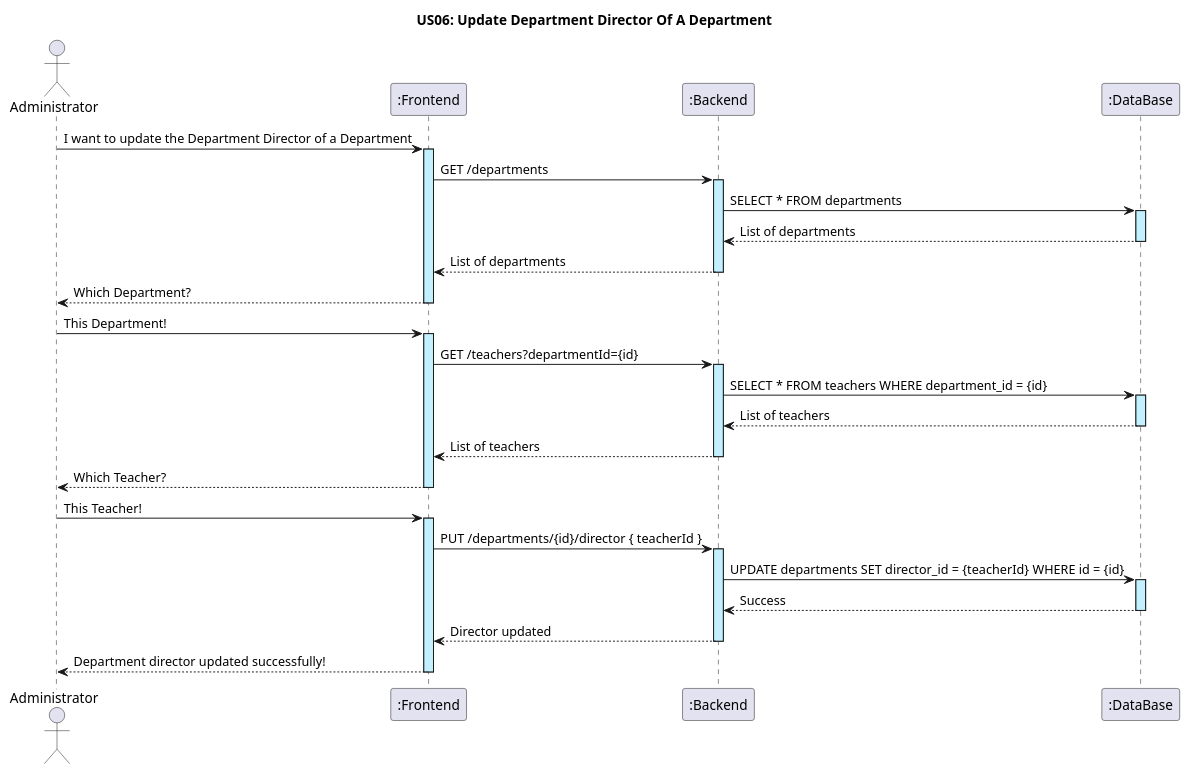
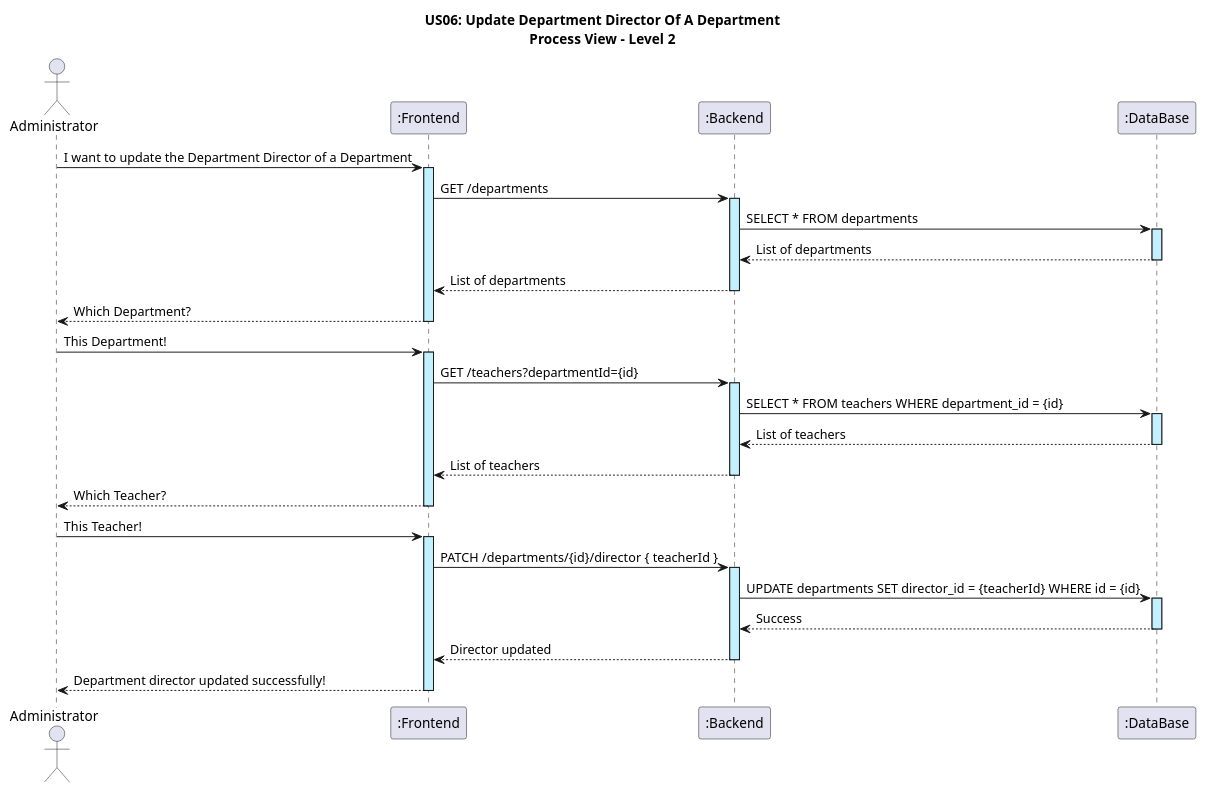
The diagram in docs/US06/ProcessView/US06_ProcessView_Level2.puml (GasparISEP/DevOps-PAI), drawn with PlantUML before and after one commit. The commit also changed 1 other file, not shown here.

Commit message:
doc: update diagrams #576

```diff
--- a/docs/US06/ProcessView/US06_ProcessView_Level2.puml
+++ b/docs/US06/ProcessView/US06_ProcessView_Level2.puml
@@ -1,33 +1,35 @@
 @startuml
 
-title US06: Update Department Director Of A Department
+title US06: Update Department Director Of A Department\nProcess View - Level 2
 
 actor "Administrator" as A
 participant ":Frontend" as FE
 participant ":Backend" as BE
 participant ":DataBase" as DB
+
+skinparam nodesep 5
 
 skinparam sequenceLifeLineBackgroundColor #application
 
 A -> FE ++ : I want to update the Department Director of a Department
 FE -> BE ++: GET /departments
 BE -> DB ++: SELECT * FROM departments
 DB --> BE --: List of departments
 BE --> FE --: List of departments
 FE --> A --: Which Department?
 
 A -> FE ++ : This Department!
 FE -> BE ++ : GET /teachers?departmentId={id}
 BE -> DB ++ : SELECT * FROM teachers WHERE department_id = {id}
 DB --> BE -- : List of teachers
 BE --> FE -- : List of teachers
 FE --> A -- : Which Teacher?
 
 A -> FE ++ : This Teacher!
-FE -> BE ++ : PUT /departments/{id}/director { teacherId }
+FE -> BE ++ : PATCH /departments/{id}/director { teacherId }
 BE -> DB ++: UPDATE departments SET director_id = {teacherId} WHERE id = {id}
 DB --> BE -- : Success
 BE --> FE -- : Director updated
 FE --> A -- : Department director updated successfully!
 
 @enduml
```
